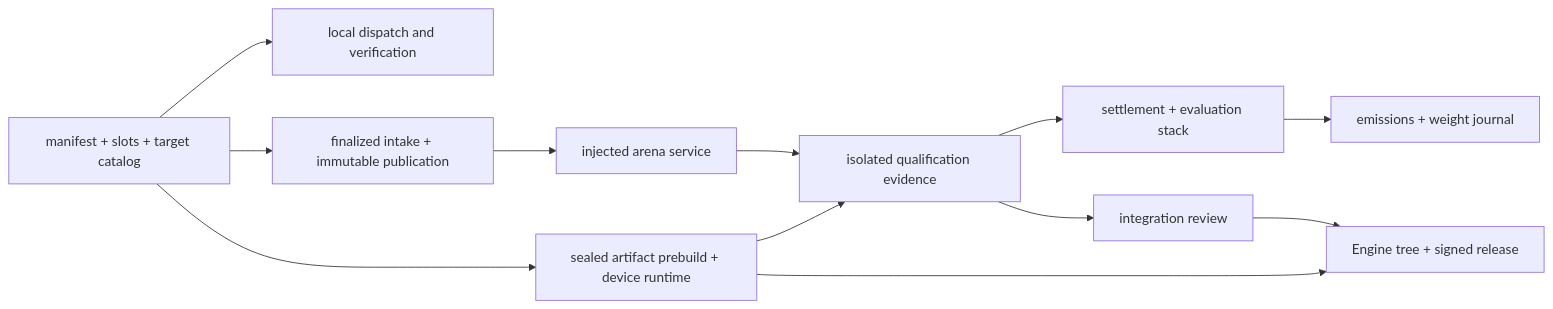
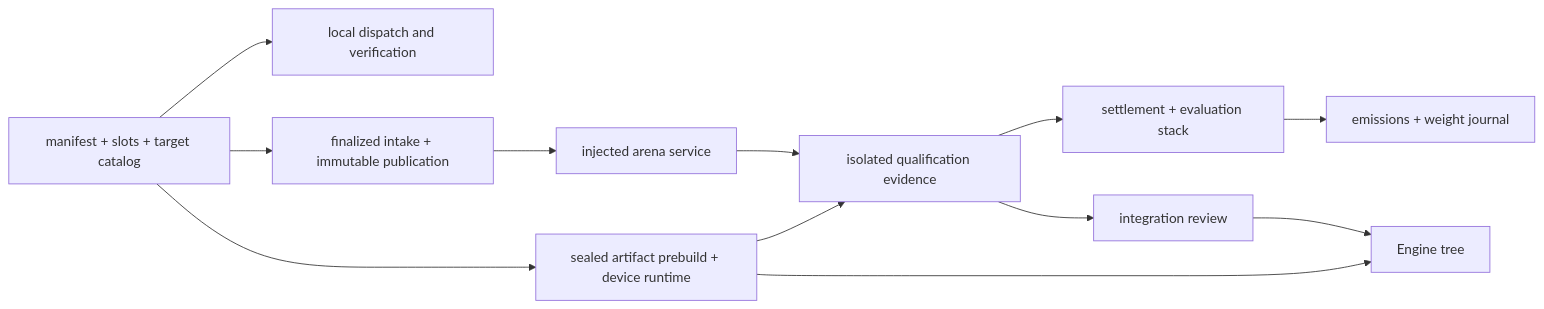
Before and after one commit to latent-to/cacheon: the diagram in docs/reference/codebase-map.md, drawn with Mermaid. The commit also changed other lines of this file and 27 other files, not shown here.

````diff
--- a/docs/reference/codebase-map.md
+++ b/docs/reference/codebase-map.md
@@ -13,14 +13,14 @@
 ```mermaid
 flowchart LR
     M["manifest + slots + target catalog"] --> D["local dispatch and verification"]
     M --> N["sealed artifact prebuild + device runtime"]
     M --> I["finalized intake + immutable publication"]
     I --> A["injected arena service"]
     A --> Q["isolated qualification evidence"]
     Q --> S["settlement + evaluation stack"]
     S --> W["emissions + weight journal"]
     Q --> R["integration review"]
-    R --> E["Engine tree + signed release"]
+    R --> E["Engine tree"]
     N --> Q
     N --> E
 ```
````
